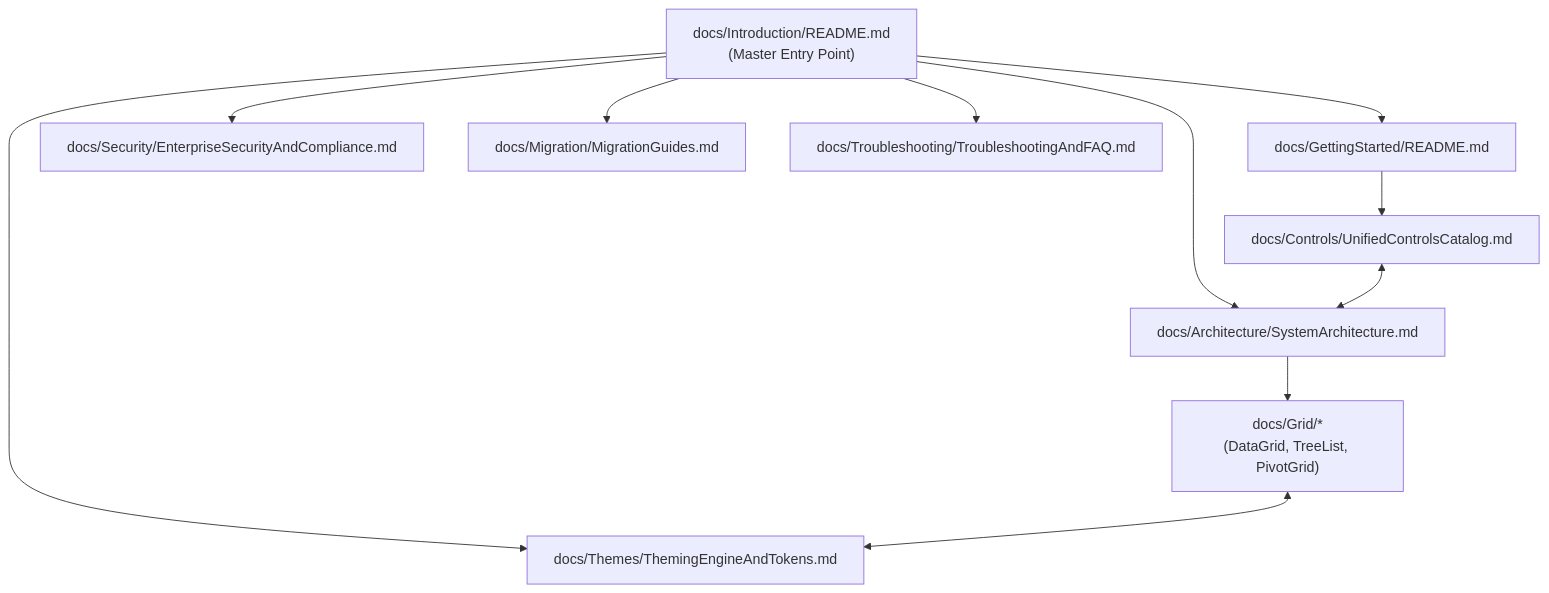
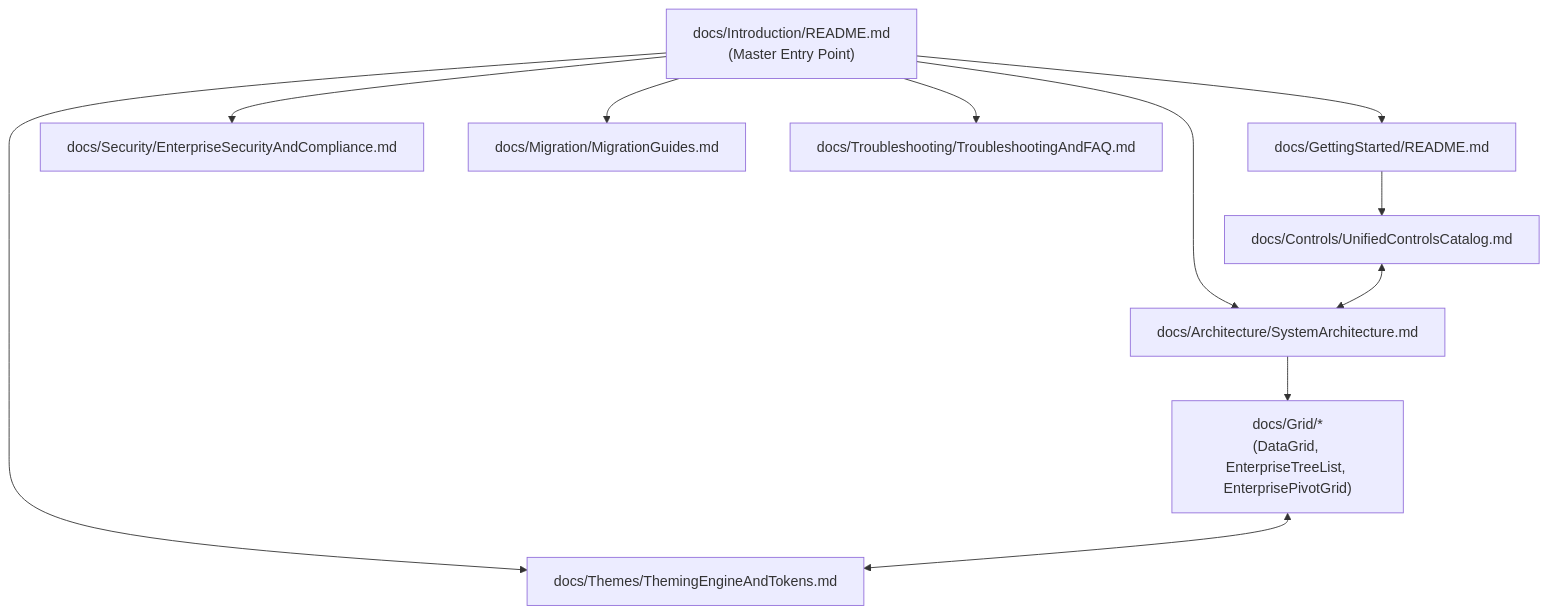
Before and after one commit to muhammad-aftab93/EnterpriseUI: the first of 2 diagrams in docs/Reference/GovernanceAndRoadmap.md, drawn with Mermaid. The commit also changed 93 other files, not shown here.

````diff
--- a/docs/Reference/GovernanceAndRoadmap.md
+++ b/docs/Reference/GovernanceAndRoadmap.md
@@ -9,21 +9,21 @@
 ```mermaid
 flowchart TD
     Index["docs/Introduction/README.md<br/>(Master Entry Point)"]
     GettingStarted["docs/GettingStarted/README.md"]
     Architecture["docs/Architecture/SystemArchitecture.md"]
-    GridSuite["docs/Grid/*<br/>(DataGrid, TreeList, PivotGrid)"]
+    GridSuite["docs/Grid/*<br/>(DataGrid, EnterpriseTreeList, EnterprisePivotGrid)"]
     Theming["docs/Themes/ThemingEngineAndTokens.md"]
     ControlsCatalog["docs/Controls/UnifiedControlsCatalog.md"]
     Security["docs/Security/EnterpriseSecurityAndCompliance.md"]
     Migration["docs/Migration/MigrationGuides.md"]
     Troubleshooting["docs/Troubleshooting/TroubleshootingAndFAQ.md"]
 
     Index --> GettingStarted --> ControlsCatalog
     Index --> Architecture --> GridSuite
     Index --> Theming
     Index --> Security
     Index --> Migration
     Index --> Troubleshooting
     GridSuite <--> Theming
     ControlsCatalog <--> Architecture
 ```
````
